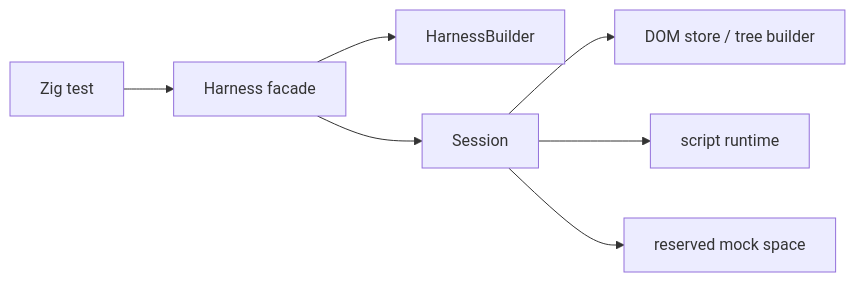
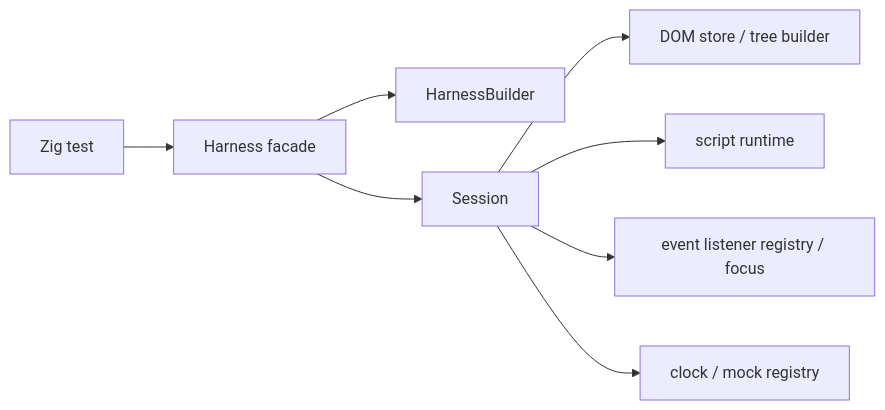
The diagram in zig/doc/architecture.md (finitefield-org/browser-tester), drawn with Mermaid before and after one commit. The commit also changed other lines of this file and 28 other files, not shown here.

````diff
--- a/zig/doc/architecture.md
+++ b/zig/doc/architecture.md
@@ -68,9 +71,10 @@
 ```mermaid
 flowchart LR
   T["Zig test"] --> H["Harness facade"]
   H --> B["HarnessBuilder"]
   H --> S["Session"]
   S --> D["DOM store / tree builder"]
   S --> R["script runtime"]
-  S --> M["reserved mock space"]
+  S --> E["event listener registry / focus"]
+  S --> M["clock / mock registry"]
 ```
````
